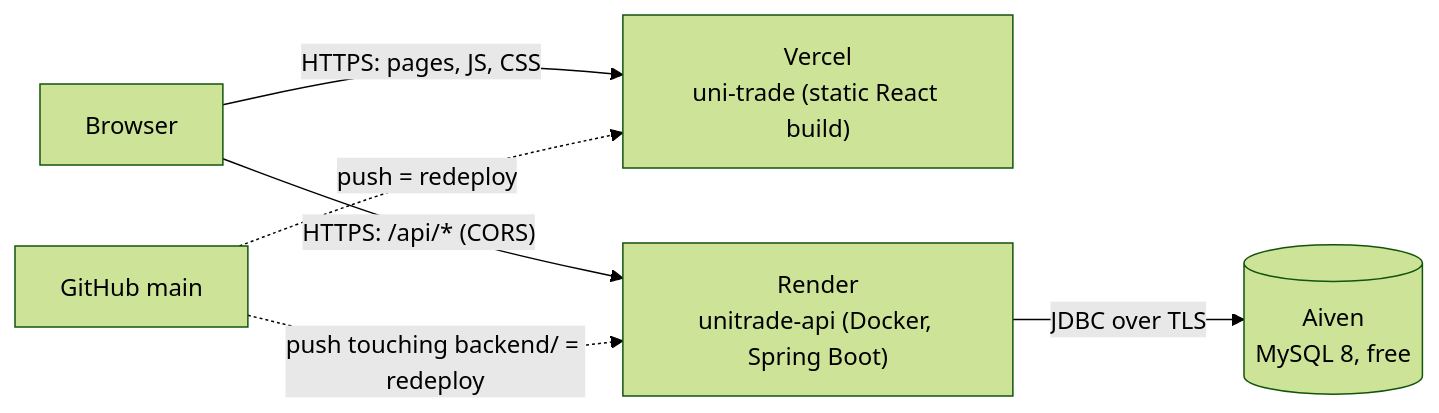
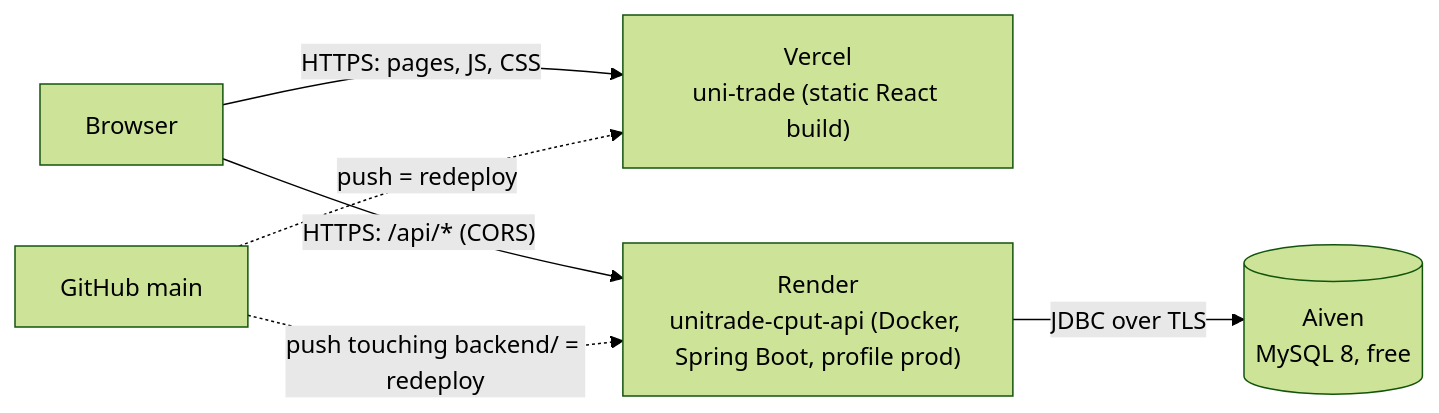
One commit to HumphreyMahlangu/UniTrade changed the diagram in docs/DEPLOYMENT.md. Above: the diagram before and after it, drawn with Mermaid (forest theme). The commit also changed other lines of this file and 9 other files, not shown here.

````diff
--- a/docs/DEPLOYMENT.md
+++ b/docs/DEPLOYMENT.md
@@ -17,8 +14,8 @@
 ```mermaid
 flowchart LR
     U["Browser"] -->|"HTTPS: pages, JS, CSS"| V["Vercel<br/>uni-trade (static React build)"]
-    U -->|"HTTPS: /api/* (CORS)"| R["Render<br/>unitrade-api (Docker, Spring Boot)"]
+    U -->|"HTTPS: /api/* (CORS)"| R["Render<br/>unitrade-cput-api (Docker, Spring Boot, profile prod)"]
     R -->|"JDBC over TLS"| A[("Aiven<br/>MySQL 8, free")]
     G["GitHub main"] -.->|"push = redeploy"| V
     G -.->|"push touching backend/ = redeploy"| R
 ```
````
